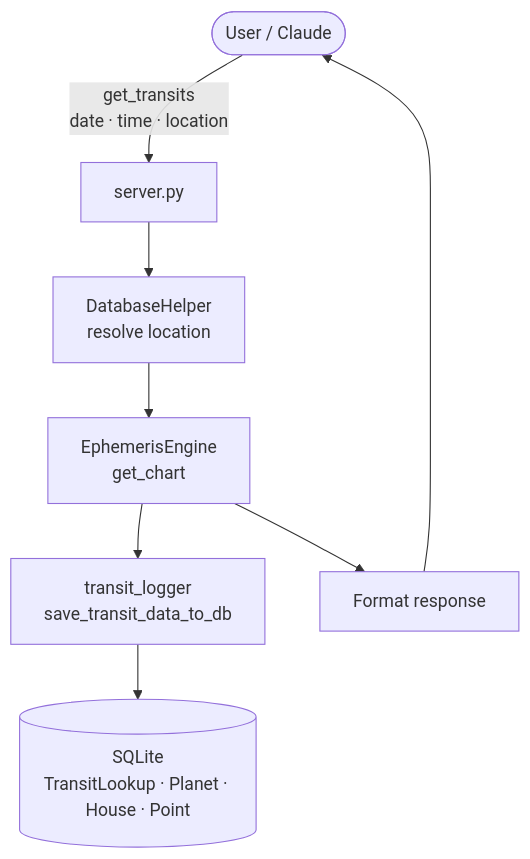
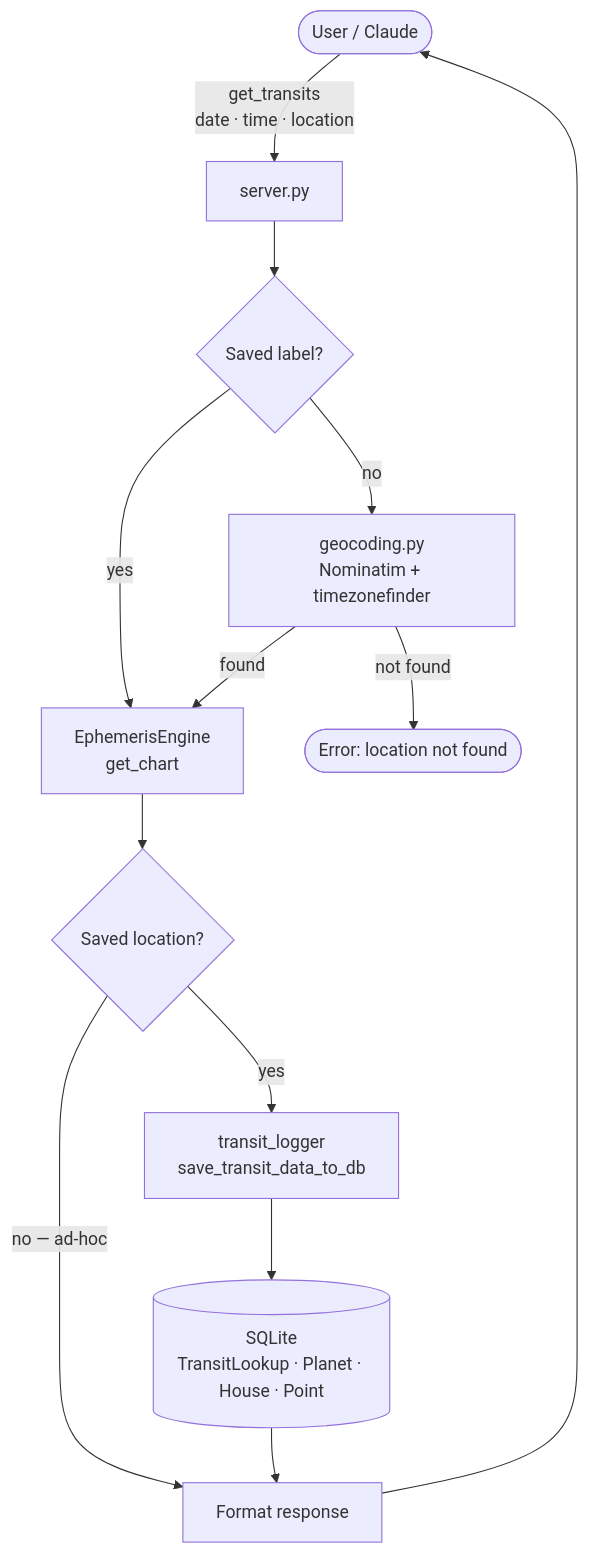
Before and after one commit to w8s/w8s-astro-mcp: the second of 5 diagrams in docs/ARCHITECTURE.md, drawn with Mermaid. The commit also changed other lines of this file and 3 other files, not shown here.

````diff
--- a/docs/ARCHITECTURE.md
+++ b/docs/ARCHITECTURE.md
@@ -71,10 +71,15 @@
 ```mermaid
 flowchart TD
     U([User / Claude]) -->|get_transits\ndate · time · location| S[server.py]
-    S --> L[DatabaseHelper\nresolve location]
-    L --> E[EphemerisEngine\nget_chart]
-    E --> LOG[transit_logger\nsave_transit_data_to_db]
-    LOG --> DB[(SQLite\nTransitLookup · Planet · House · Point)]
-    E --> R[Format response]
+    S --> SAVED{Saved label?}
+    SAVED -->|yes| E[EphemerisEngine\nget_chart]
+    SAVED -->|no| GEO[geocoding.py\nNominatim + timezonefinder]
+    GEO -->|found| E
+    GEO -->|not found| ERR([Error: location not found])
+    E --> LOG{Saved location?}
+    LOG -->|yes| SAVE[transit_logger\nsave_transit_data_to_db]
+    LOG -->|no — ad-hoc| R[Format response]
+    SAVE --> DB[(SQLite\nTransitLookup · Planet · House · Point)]
+    DB --> R
     R --> U
 ```
````
